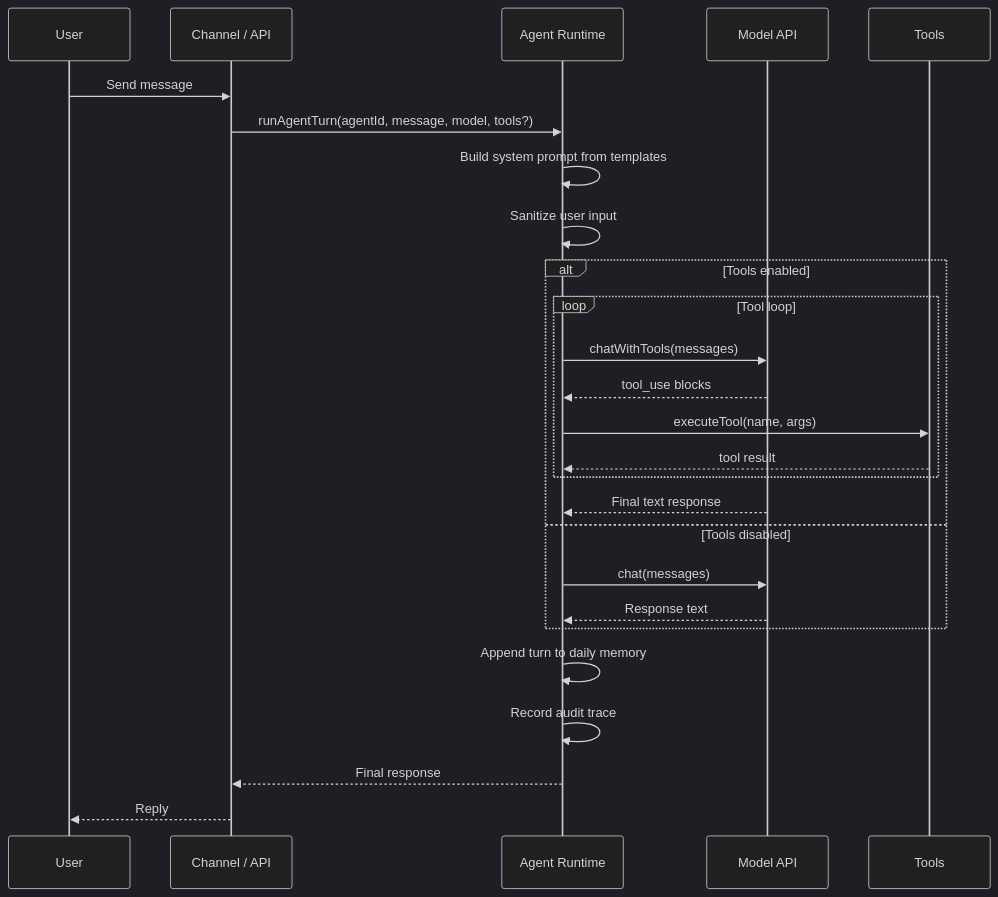
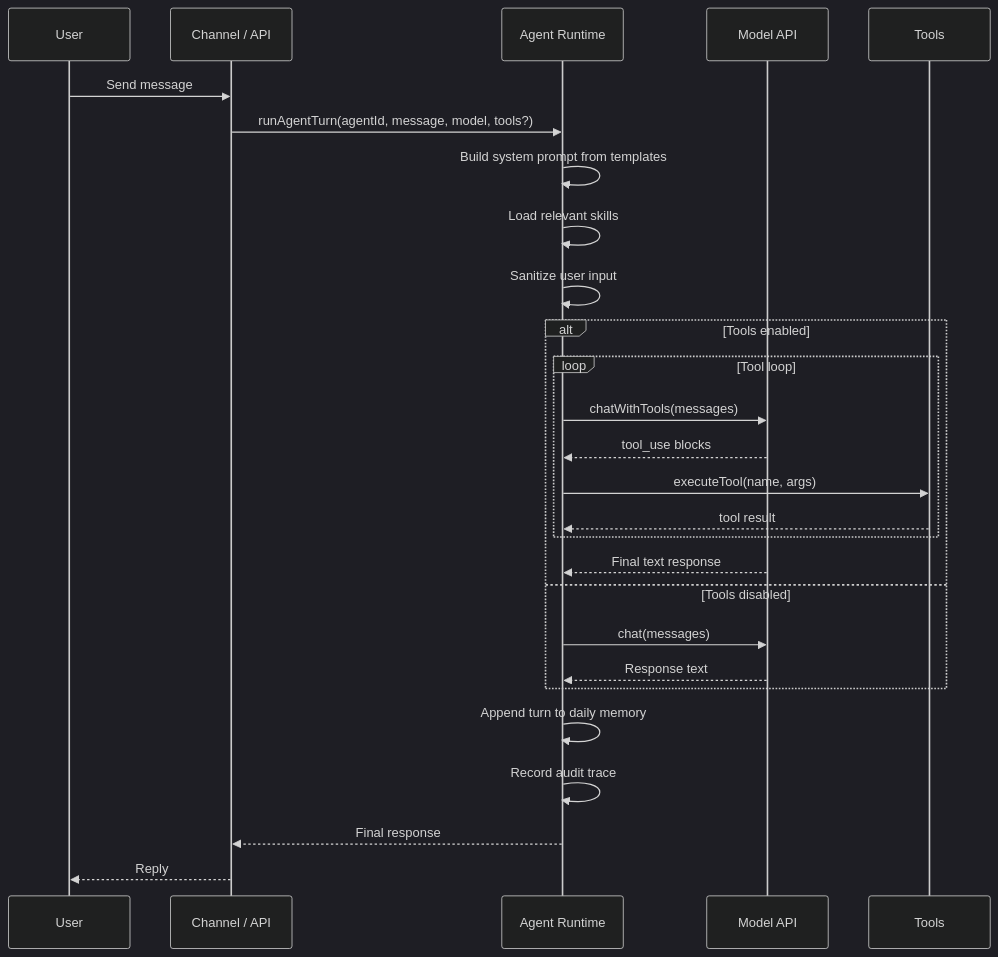
Before and after one commit to kat3samsin/skimpyclaw: the second of 6 diagrams in docs/architecture.md, drawn with Mermaid (dark theme). The commit also changed other lines of this file and 2 other files, not shown here.

````diff
--- a/docs/architecture.md
+++ b/docs/architecture.md
@@ -45,29 +51,30 @@
 ```mermaid
 sequenceDiagram
   participant U as User
   participant C as Channel / API
   participant A as Agent Runtime
   participant M as Model API
   participant T as Tools
 
   U->>C: Send message
   C->>A: runAgentTurn(agentId, message, model, tools?)
   A->>A: Build system prompt from templates
+  A->>A: Load relevant skills
   A->>A: Sanitize user input
   alt Tools enabled
     loop Tool loop
       A->>M: chatWithTools(messages)
       M-->>A: tool_use blocks
       A->>T: executeTool(name, args)
       T-->>A: tool result
     end
     M-->>A: Final text response
   else Tools disabled
     A->>M: chat(messages)
     M-->>A: Response text
   end
   A->>A: Append turn to daily memory
   A->>A: Record audit trace
   A-->>C: Final response
   C-->>U: Reply
 ```
````
